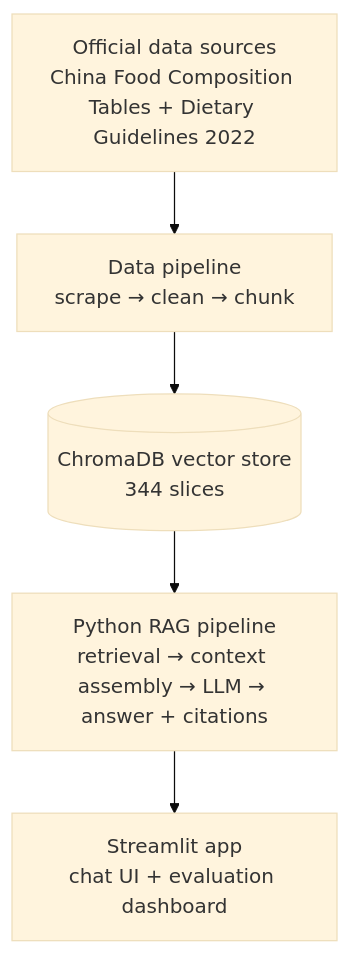
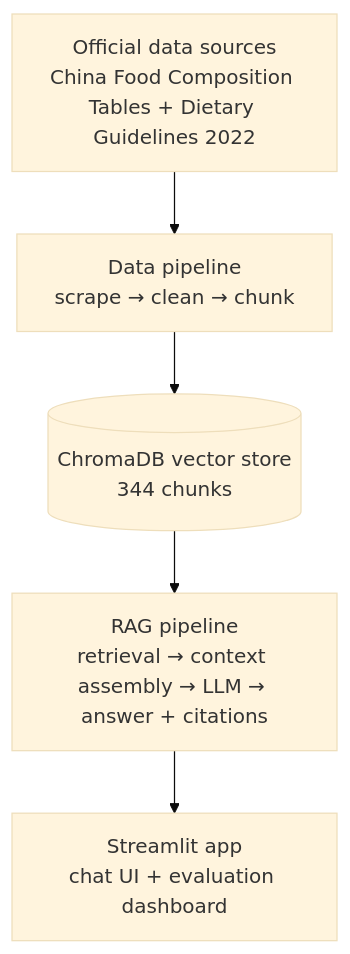
One commit to ElijahZhao/MetaNutri-Ai-RAG changed the diagram in README.md. Above: the diagram before and after it, drawn with Mermaid (base theme). The commit also changed other lines of this file and 4 other files, not shown here.

````diff
--- a/README.md
+++ b/README.md
@@ -55,7 +164,7 @@
 ```mermaid
 flowchart TD
     A["Official data sources<br/>China Food Composition Tables + Dietary Guidelines 2022"] --> B["Data pipeline<br/>scrape → clean → chunk"]
-    B --> C[("ChromaDB vector store<br/>344 slices")]
-    C --> D["Python RAG pipeline<br/>retrieval → context assembly → LLM → answer + citations"]
+    B --> C[("ChromaDB vector store<br/>344 chunks")]
+    C --> D["RAG pipeline<br/>retrieval → context assembly → LLM → answer + citations"]
     D --> E["Streamlit app<br/>chat UI + evaluation dashboard"]
 ```
````
